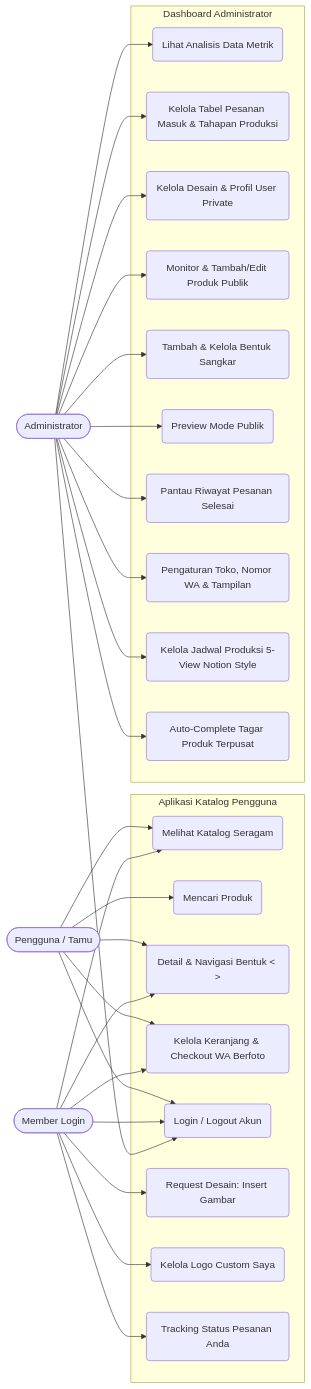
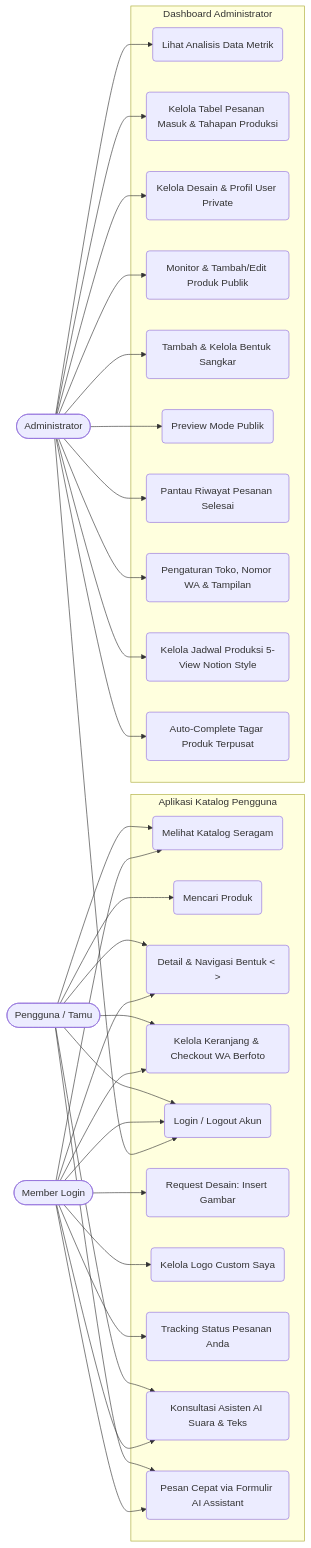
The first of 2 diagrams in dokumen/planing/spesifikasi_projek.md (Dav2257/katalog), drawn with Mermaid before and after one commit. The commit also changed other lines of this file and 15 other files, not shown here.

Commit message:
feat: penambahan asisten AI suara & teks, kartu visual rekomendasi, dan pembaruan dokumen

````diff
--- a/dokumen/planing/spesifikasi_projek.md
+++ b/dokumen/planing/spesifikasi_projek.md
@@ -64,56 +69,62 @@
 ```mermaid
 flowchart LR
     User([Pengguna / Tamu])
     Member([Member Login])
     Admin([Administrator])
 
     subgraph Aplikasi Katalog Pengguna
         UC1(Melihat Katalog Seragam)
         UC2(Mencari Produk)
         UC3(Detail & Navigasi Bentuk < >)
         UC4(Kelola Keranjang & Checkout WA Berfoto)
         UC5(Login / Logout Akun)
         UC6(Request Desain: Insert Gambar)
         UC7(Kelola Logo Custom Saya)
         UC8(Tracking Status Pesanan Anda)
+        UC19(Konsultasi Asisten AI Suara & Teks)
+        UC20(Pesan Cepat via Formulir AI Assistant)
     end
 
     subgraph Dashboard Administrator
         UC9(Lihat Analisis Data Metrik)
         UC10(Kelola Tabel Pesanan Masuk & Tahapan Produksi)
         UC11(Kelola Desain & Profil User Private)
         UC12(Monitor & Tambah/Edit Produk Publik)
         UC13(Tambah & Kelola Bentuk Sangkar)
         UC14(Preview Mode Publik)
         UC15(Pantau Riwayat Pesanan Selesai)
         UC16(Pengaturan Toko, Nomor WA & Tampilan)
         UC17(Kelola Jadwal Produksi 5-View Notion Style)
         UC18(Auto-Complete Tagar Produk Terpusat)
     end
 
     User --> UC1
     User --> UC2
     User --> UC3
     User --> UC4
     User --> UC5
+    User --> UC19
+    User --> UC20
 
     Member --> UC1
     Member --> UC3
     Member --> UC4
     Member --> UC5
     Member --> UC6
     Member --> UC7
     Member --> UC8
+    Member --> UC19
+    Member --> UC20
 
     Admin --> UC5
     Admin --> UC9
     Admin --> UC10
     Admin --> UC11
     Admin --> UC12
     Admin --> UC13
     Admin --> UC14
     Admin --> UC15
     Admin --> UC16
     Admin --> UC17
     Admin --> UC18
 ```
````
